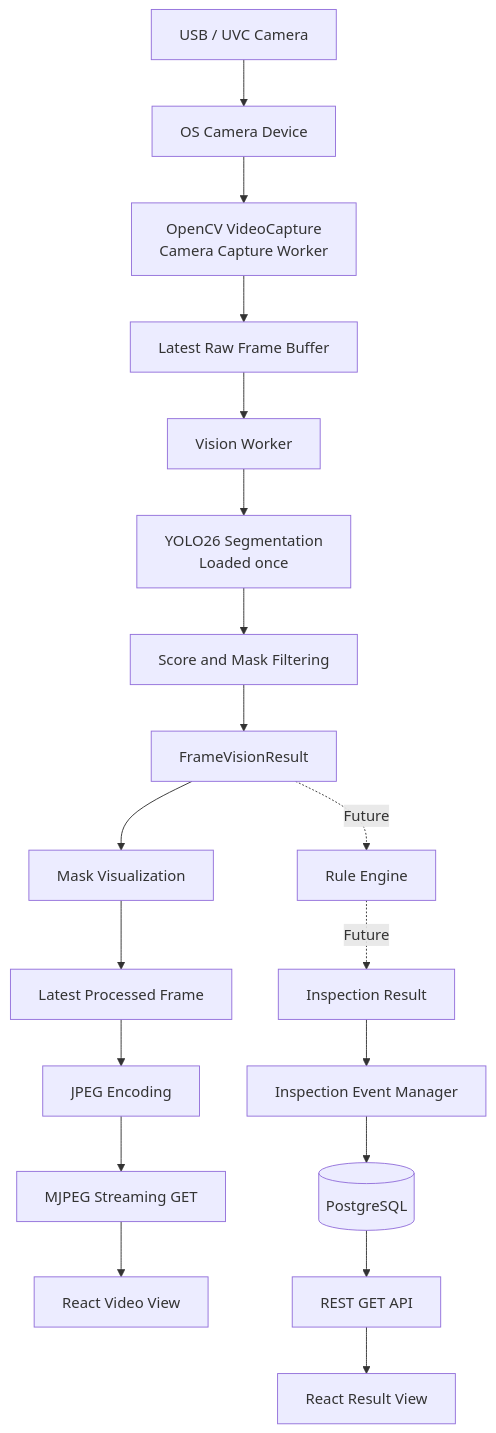
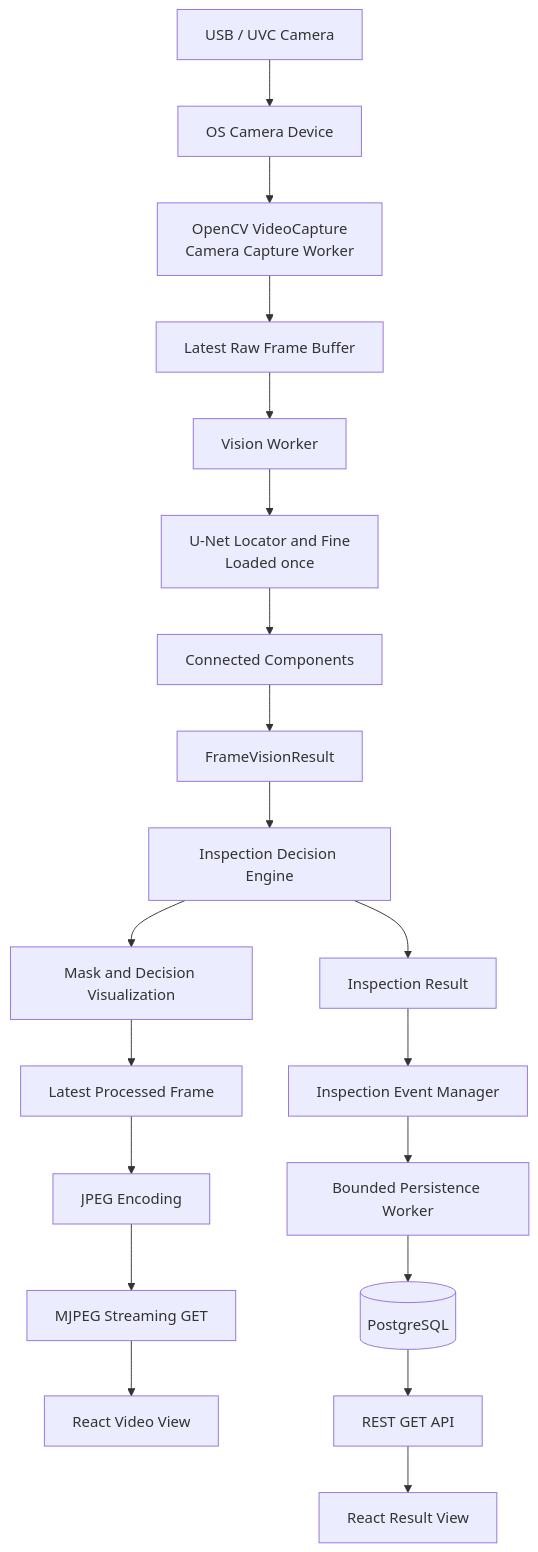
Before and after one commit to sungone/vision_final_project: the first of 2 diagrams in docs/ARCHITECTURE.md, drawn with Mermaid. The commit also changed other lines of this file and 31 other files, not shown here.

````diff
--- a/docs/ARCHITECTURE.md
+++ b/docs/ARCHITECTURE.md
@@ -9,23 +9,24 @@
 ```mermaid
 flowchart TD
     CAMERA[USB / UVC Camera] --> DEVICE[OS Camera Device]
     DEVICE --> CAPTURE[OpenCV VideoCapture\nCamera Capture Worker]
     CAPTURE --> RAW[Latest Raw Frame Buffer]
     RAW --> WORKER[Vision Worker]
-    WORKER --> MODEL[YOLO26 Segmentation\nLoaded once]
-    MODEL --> POST[Score and Mask Filtering]
+    WORKER --> MODEL[U-Net Locator and Fine\nLoaded once]
+    MODEL --> POST[Connected Components]
     POST --> STRUCTURED[FrameVisionResult]
-    STRUCTURED --> VIZ[Mask Visualization]
+    STRUCTURED --> RULE[Inspection Decision Engine]
+    RULE --> VIZ[Mask and Decision Visualization]
     VIZ --> FRAME[Latest Processed Frame]
-    STRUCTURED -. Future .-> RULE[Rule Engine]
-    RULE -. Future .-> RESULT[Inspection Result]
+    RULE --> RESULT[Inspection Result]
 
     FRAME --> JPEG[JPEG Encoding]
     JPEG --> MJPEG[MJPEG Streaming GET]
     MJPEG --> REACT1[React Video View]
 
     RESULT --> EVENT[Inspection Event Manager]
-    EVENT --> DB[(PostgreSQL)]
+    EVENT --> PERSIST[Bounded Persistence Worker]
+    PERSIST --> DB[(PostgreSQL)]
     DB --> REST[REST GET API]
     REST --> REACT2[React Result View]
 ```
````
